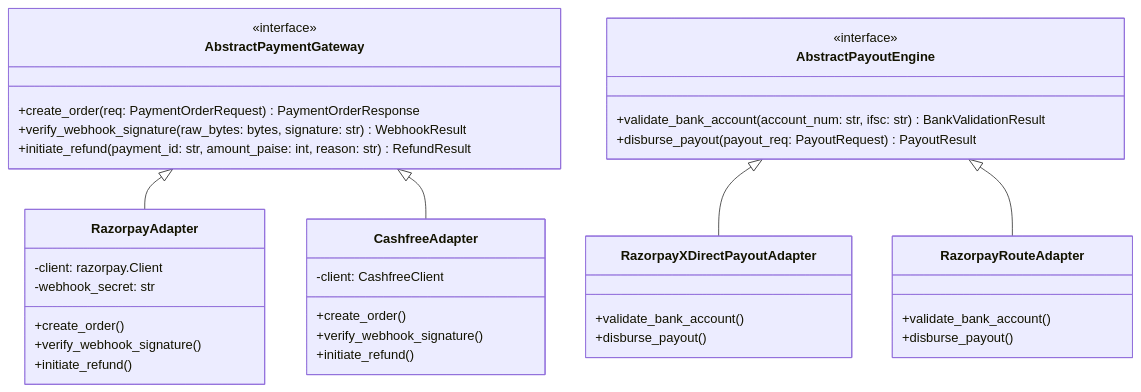
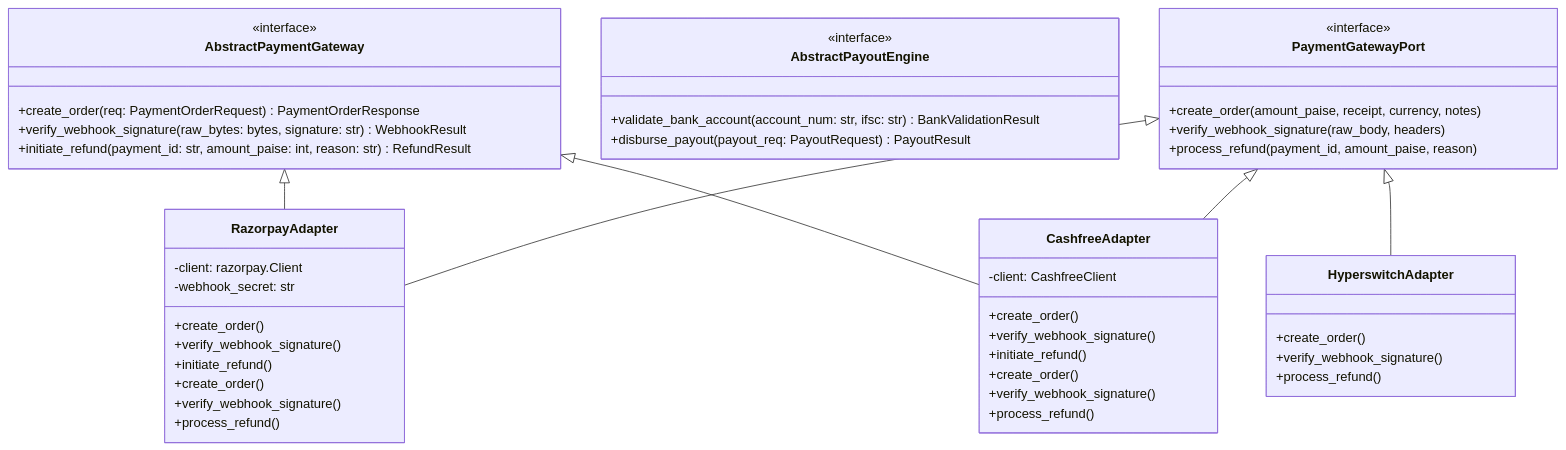
The diagram in docs/technical/ARCHITECTURE.md (officialayush5839-arch/Gadispot), drawn with Mermaid before and after one commit. The commit also changed 109 other files, not shown here.

````diff
--- a/docs/technical/ARCHITECTURE.md
+++ b/docs/technical/ARCHITECTURE.md
@@ -79,46 +79,62 @@
 ```mermaid
 classDiagram
     class AbstractPaymentGateway {
         <<interface>>
         +create_order(req: PaymentOrderRequest) PaymentOrderResponse
         +verify_webhook_signature(raw_bytes: bytes, signature: str) WebhookResult
         +initiate_refund(payment_id: str, amount_paise: int, reason: str) RefundResult
     }
 
     class RazorpayAdapter {
         -client: razorpay.Client
         -webhook_secret: str
         +create_order()
         +verify_webhook_signature()
         +initiate_refund()
     }
 
     class CashfreeAdapter {
         -client: CashfreeClient
         +create_order()
         +verify_webhook_signature()
         +initiate_refund()
     }
 
     AbstractPaymentGateway <|-- RazorpayAdapter
     AbstractPaymentGateway <|-- CashfreeAdapter
 
     class AbstractPayoutEngine {
         <<interface>>
         +validate_bank_account(account_num: str, ifsc: str) BankValidationResult
         +disburse_payout(payout_req: PayoutRequest) PayoutResult
     }
 
-    class RazorpayXDirectPayoutAdapter {
-        +validate_bank_account()
-        +disburse_payout()
+    class PaymentGatewayPort {
+        <<interface>>
+        +create_order(amount_paise, receipt, currency, notes)
+        +verify_webhook_signature(raw_body, headers)
+        +process_refund(payment_id, amount_paise, reason)
     }
 
-    class RazorpayRouteAdapter {
-        +validate_bank_account()
-        +disburse_payout()
+    class RazorpayAdapter {
+        +create_order()
+        +verify_webhook_signature()
+        +process_refund()
     }
 
-    AbstractPayoutEngine <|-- RazorpayXDirectPayoutAdapter
-    AbstractPayoutEngine <|-- RazorpayRouteAdapter
+    class CashfreeAdapter {
+        +create_order()
+        +verify_webhook_signature()
+        +process_refund()
+    }
+
+    class HyperswitchAdapter {
+        +create_order()
+        +verify_webhook_signature()
+        +process_refund()
+    }
+
+    PaymentGatewayPort <|-- RazorpayAdapter
+    PaymentGatewayPort <|-- CashfreeAdapter
+    PaymentGatewayPort <|-- HyperswitchAdapter
 ```
````
